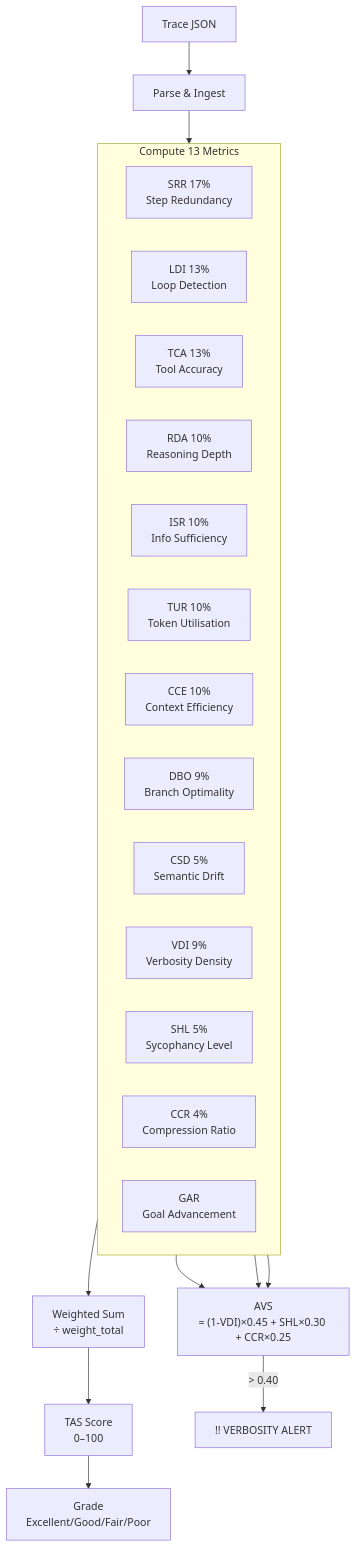
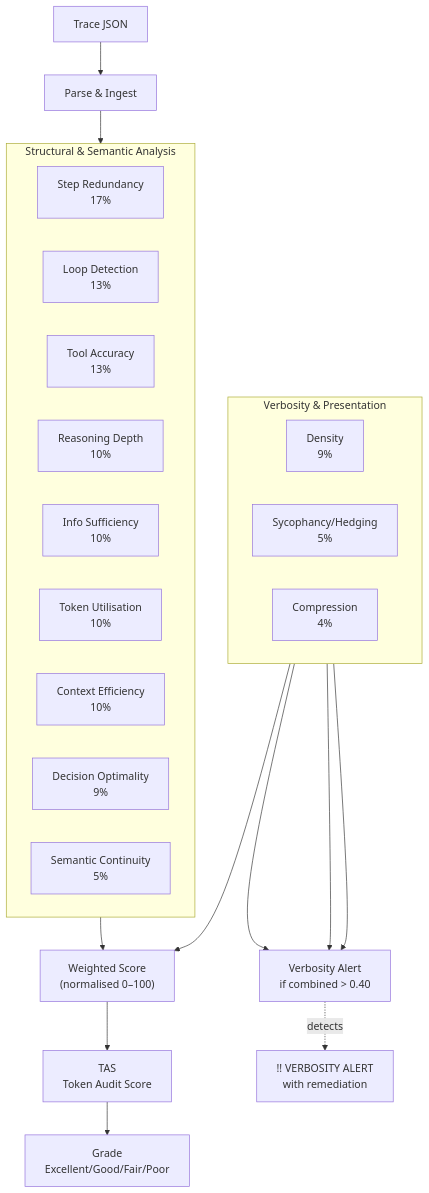
Before and after one commit to ZulfaqarHafez/TraceRazor: the first of 2 diagrams in README.md, drawn with Mermaid. The commit also changed other lines of this file, not shown here.

First line of the commit message:
Clarify TraceRazor metrics, validation, and docs

````diff
--- a/README.md
+++ b/README.md
@@ -306,29 +282,33 @@
 ```mermaid
 flowchart TD
     T[Trace JSON] --> P[Parse & Ingest]
-    P --> M[Compute 13 Metrics]
+    P --> M["Compute All Signals"]
 
-    subgraph M[Compute 13 Metrics]
+    subgraph M["Structural & Semantic Analysis"]
         direction LR
-        SRR["SRR 17%\nStep Redundancy"]
-        LDI["LDI 13%\nLoop Detection"]
-        TCA["TCA 13%\nTool Accuracy"]
-        RDA["RDA 10%\nReasoning Depth"]
-        ISR["ISR 10%\nInfo Sufficiency"]
-        TUR["TUR 10%\nToken Utilisation"]
-        CCE["CCE 10%\nContext Efficiency"]
-        DBO["DBO 9%\nBranch Optimality"]
-        CSD["CSD 5%\nSemantic Drift"]
-        VDI["VDI 9%\nVerbosity Density"]
-        SHL["SHL 5%\nSycophancy Level"]
-        CCR["CCR 4%\nCompression Ratio"]
-        GAR["GAR\nGoal Advancement"]
+        S1["Step Redundancy\n17%"]
+        S2["Loop Detection\n13%"]
+        S3["Tool Accuracy\n13%"]
+        S4["Reasoning Depth\n10%"]
+        S5["Info Sufficiency\n10%"]
+        S6["Token Utilisation\n10%"]
+        S7["Context Efficiency\n10%"]
+        S8["Decision Optimality\n9%"]
+        S9["Semantic Continuity\n5%"]
     end
 
-    M --> W["Weighted Sum\n÷ weight_total"]
-    W --> TAS["TAS Score\n0–100"]
+    subgraph V["Verbosity & Presentation"]
+        direction LR
+        V1["Density\n9%"]
+        V2["Sycophancy/Hedging\n5%"]
+        V3["Compression\n4%"]
+    end
+
+    M --> W["Weighted Score\n(normalised 0–100)"]
+    V --> W
+    W --> TAS["TAS\nToken Audit Score"]
     TAS --> G["Grade\nExcellent/Good/Fair/Poor"]
 
-    VDI & SHL & CCR --> AVS["AVS\n= (1-VDI)×0.45 + SHL×0.30 + CCR×0.25"]
-    AVS -->|"> 0.40"| VA["!! VERBOSITY ALERT"]
+    V1 & V2 & V3 --> AVS["Verbosity Alert\nif combined > 0.40"]
+    AVS -.->|detects| VA["!! VERBOSITY ALERT\nwith remediation"]
 ```
````
